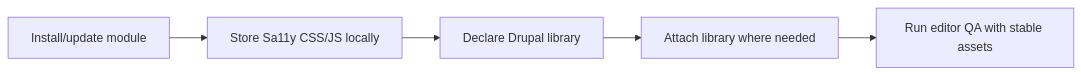
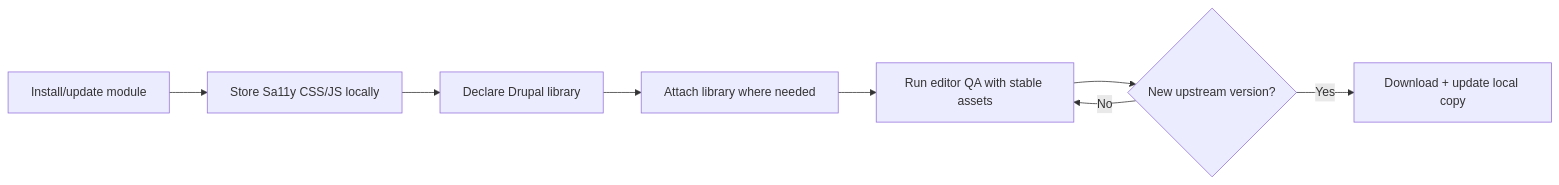
The diagram in blog/2026-02-13-1943-devlog.md (victorstack-ai/agent-blog), drawn with Mermaid before and after one commit. The commit also changed other lines of this file and 7 other files, not shown here.

````diff
--- a/blog/2026-02-13-1943-devlog.md
+++ b/blog/2026-02-13-1943-devlog.md
@@ -21,7 +37,10 @@
 ```mermaid
 flowchart LR
   A[Install/update module] --> B[Store Sa11y CSS/JS locally]
   B --> C[Declare Drupal library]
   C --> D[Attach library where needed]
   D --> E[Run editor QA with stable assets]
+  E --> F{New upstream version?}
+  F -->|Yes| G[Download + update local copy]
+  F -->|No| E
 ```
````
